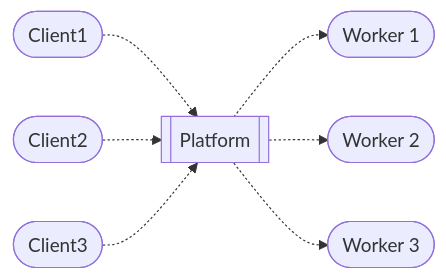
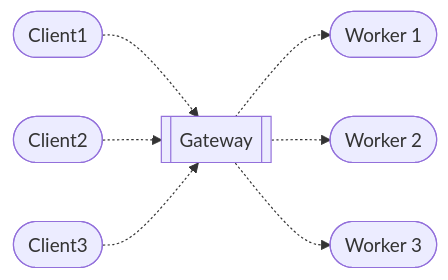
Before and after one commit to dreamcatcher-tech/network: the second of 4 diagrams in Inbox/2024-08-13 1637 using stripe to process payments.md, drawn with Mermaid. The commit also changed other lines of this file, not shown here.

````diff
--- a/Inbox/2024-08-13 1637 using stripe to process payments.md
+++ b/Inbox/2024-08-13 1637 using stripe to process payments.md
@@ -205,10 +206,10 @@
 ```mermaid
 flowchart LR
-    C1([Client1]) -.-> Platform[[Platform]]
-    C2([Client2]) -.-> Platform[[Platform]]
-    C3([Client3]) -.-> Platform[[Platform]]
+    C1([Client1]) -.-> Platform[[Gateway]]
+    C2([Client2]) -.-> Platform
+    C3([Client3]) -.-> Platform
     Platform -.-> Contributor1([Worker 1])
     Platform -.-> Contributor2([Worker 2])
     Platform -.-> Contributor3([Worker 3])
 
 ```
````
